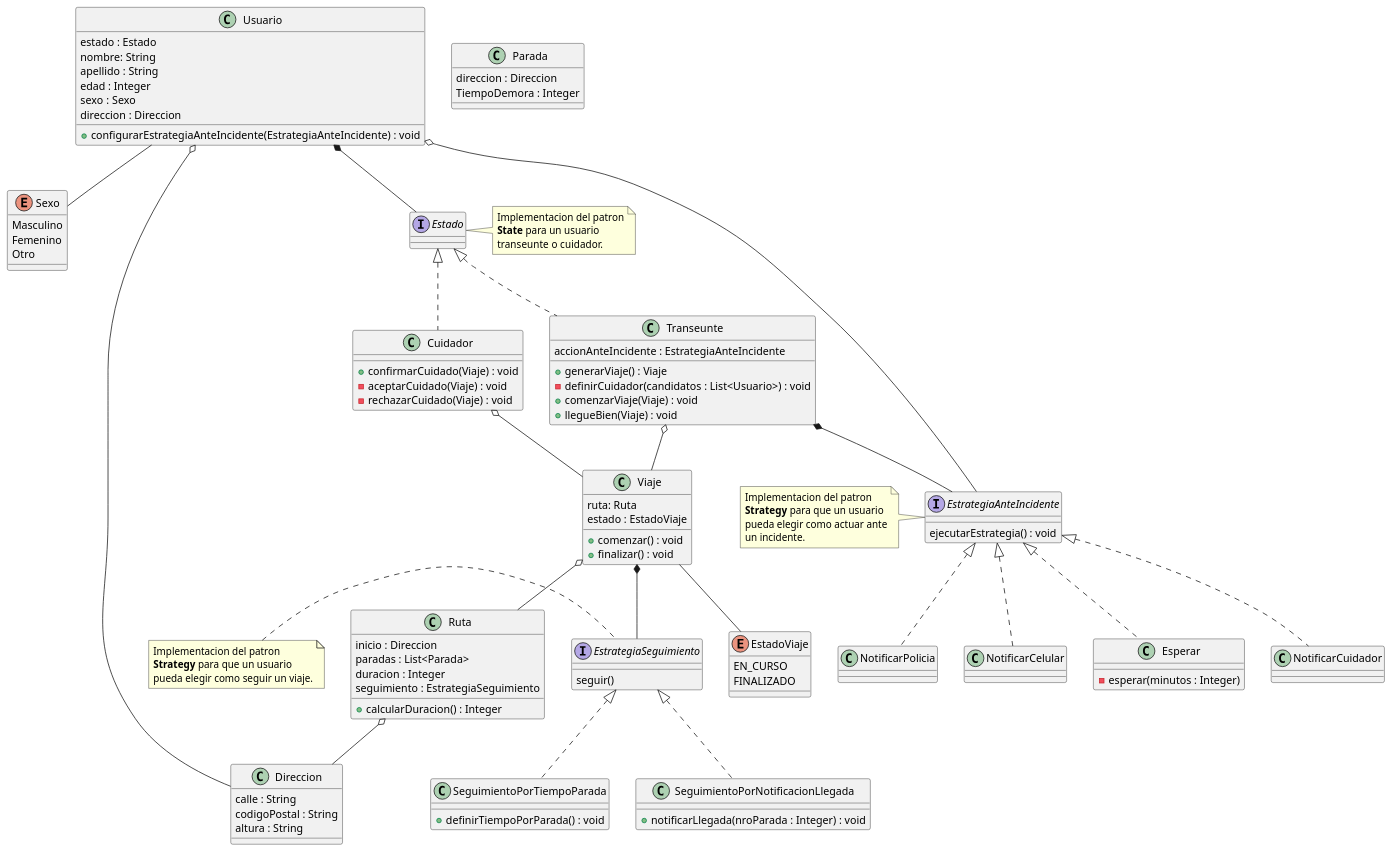
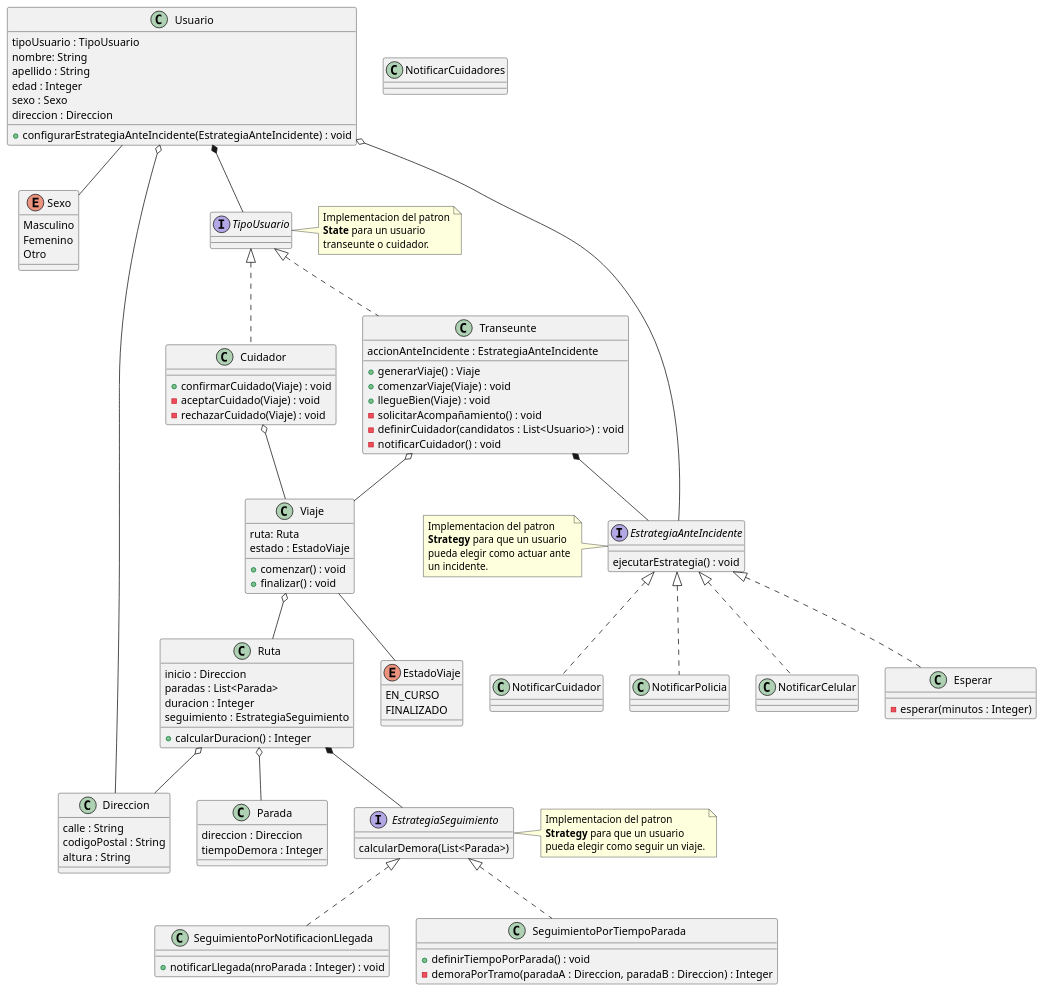
Before and after one commit to nachoberaza/practica-dds-cuidandonos: the diagram in docs/diagrams/class_diagram_v2.puml, drawn with PlantUML. The commit also changed 5 other files, not shown here.

```diff
--- a/docs/diagrams/class_diagram_v2.puml
+++ b/docs/diagrams/class_diagram_v2.puml
@@ -1,139 +1,139 @@
 @startuml
 class Usuario{
-    estado : Estado
+    tipoUsuario : TipoUsuario
     nombre: String
     apellido : String
     edad : Integer
     sexo : Sexo
     direccion : Direccion
     + configurarEstrategiaAnteIncidente(EstrategiaAnteIncidente) : void
 }
 
 enum Sexo{
     Masculino
     Femenino
     Otro
 }
 
-interface Estado{
+interface TipoUsuario{
     'TODO: Que metodo podria ir en esta interfaz??'
 }
 
-class Transeunte {
+class Transeunte implements TipoUsuario {
     accionAnteIncidente : EstrategiaAnteIncidente
 
     + generarViaje() : Viaje
-    - definirCuidador(candidatos : List<Usuario>) : void
     + comenzarViaje(Viaje) : void
     + llegueBien(Viaje) : void
+    - solicitarAcompañamiento() : void
+    - definirCuidador(candidatos : List<Usuario>) : void
+    - notificarCuidador() : void
 }
 
-class Cuidador {
+class Cuidador implements TipoUsuario {
     + confirmarCuidado(Viaje) : void
     - aceptarCuidado(Viaje) : void
     - rechazarCuidado(Viaje) : void
 }
 
 class Viaje {
     ruta: Ruta
     estado : EstadoViaje
     + comenzar() : void
     + finalizar() : void
 }
 
 enum EstadoViaje{
     EN_CURSO
     FINALIZADO
 }
 
 class Ruta{
     inicio : Direccion
     paradas : List<Parada>
     duracion : Integer
     seguimiento : EstrategiaSeguimiento
     + calcularDuracion() : Integer
 }
 
 class Parada {
     direccion : Direccion
-    TiempoDemora : Integer
+    tiempoDemora : Integer
 }
 
 interface EstrategiaSeguimiento {
-    seguir()
+    calcularDemora(List<Parada>)
 }
 
 class SeguimientoPorNotificacionLlegada implements EstrategiaSeguimiento {
     + notificarLlegada(nroParada : Integer) : void
 }
 
 class SeguimientoPorTiempoParada implements EstrategiaSeguimiento {
     + definirTiempoPorParada() : void
+    - demoraPorTramo(paradaA : Direccion, paradaB : Direccion) : Integer
 }
 
 interface EstrategiaAnteIncidente {
     ejecutarEstrategia() : void
 }
 
-class NotificarCuidador{}
+class NotificarCuidadores{}
 
 class NotificarPolicia{}
 
 class NotificarCelular{}
 
-'TODO: Checkear si estan bien parametrizados los minutos'
 class Esperar{
     - esperar(minutos : Integer)
 }
 
 class Direccion{
     calle : String
     codigoPostal : String
     altura : String
 }
 
 'Relaciones'
-Usuario *-- Estado
+Usuario *-- TipoUsuario
 Usuario o-- Direccion
 Usuario o-- EstrategiaAnteIncidente
 Usuario -- Sexo
-
-Estado <|.. Transeunte
-Estado <|.. Cuidador
 
 Transeunte *-- EstrategiaAnteIncidente
 
 Viaje o-- Ruta
 Transeunte o-- Viaje
 Cuidador o-- Viaje
 Viaje -- EstadoViaje
-Viaje *-- EstrategiaSeguimiento
 
+Ruta o-- Parada
+Ruta *-- EstrategiaSeguimiento
 Ruta o-- Direccion
 
 EstrategiaAnteIncidente <|.. NotificarCuidador
 EstrategiaAnteIncidente <|.. NotificarCelular
 EstrategiaAnteIncidente <|.. NotificarPolicia
 EstrategiaAnteIncidente <|.. Esperar
 
 'Notas'
-note left of EstrategiaSeguimiento
+note right of EstrategiaSeguimiento
     Implementacion del patron
     **Strategy** para que un usuario
     pueda elegir como seguir un viaje.
 end note
 
-note left of Estado
+note left of TipoUsuario
     Implementacion del patron
     **State** para un usuario
     transeunte o cuidador.
 end note
 
 note left of EstrategiaAnteIncidente
     Implementacion del patron
     **Strategy** para que un usuario
     pueda elegir como actuar ante
     un incidente.
 end note
 
 @enduml
```
